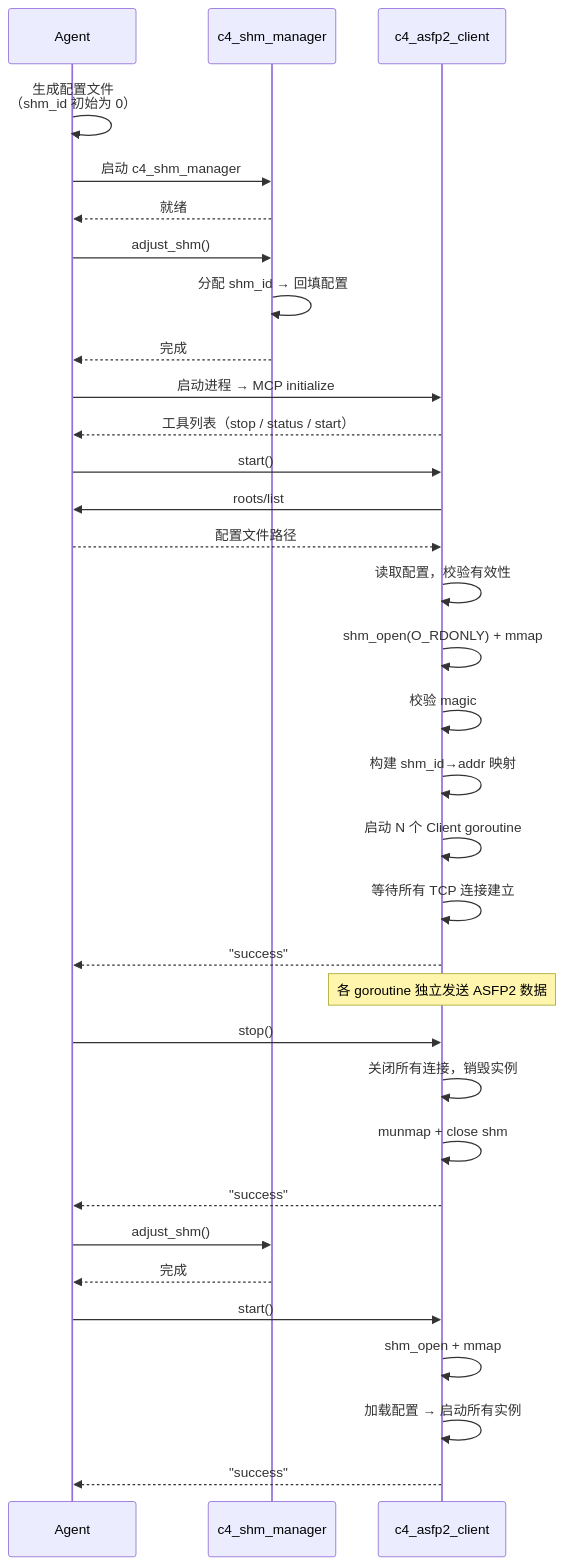
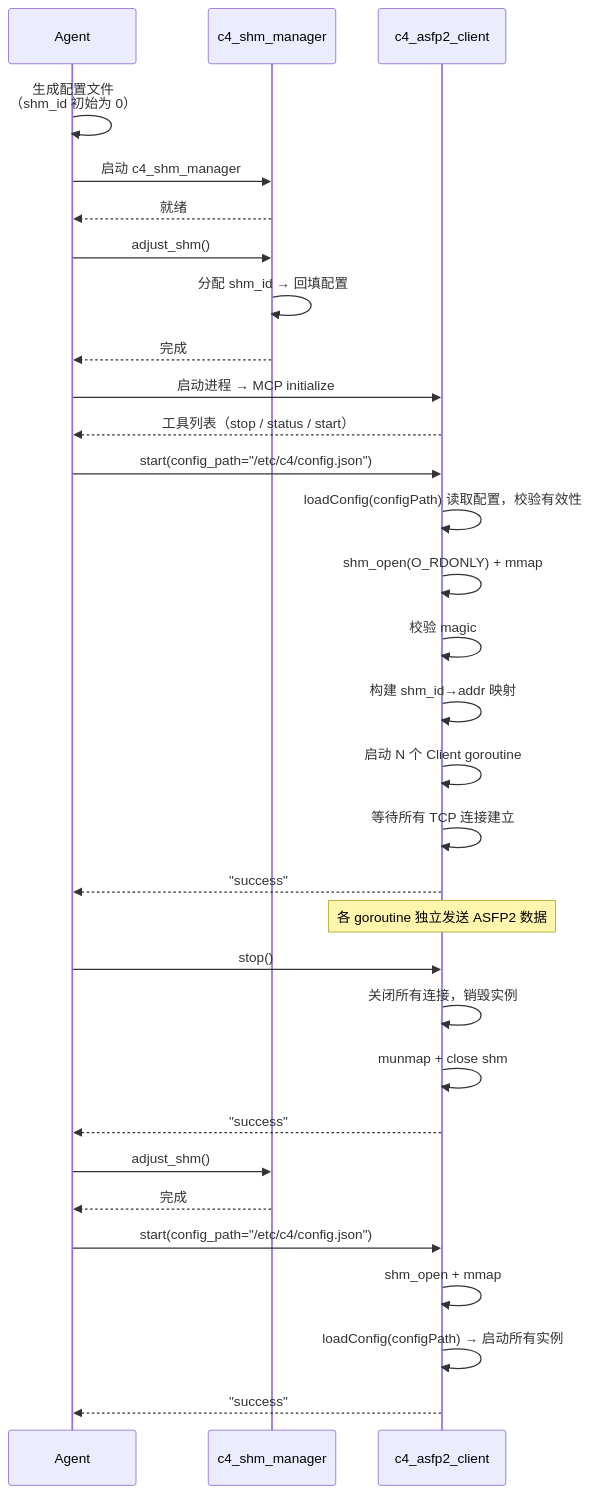
The second of 3 diagrams in docs/design/c4_asfp2_client.md (activesys/c4), drawn with Mermaid before and after one commit. The commit also changed other lines of this file and 14 other files, not shown here.

````diff
--- a/docs/design/c4_asfp2_client.md
+++ b/docs/design/c4_asfp2_client.md
@@ -221,40 +221,38 @@
 ```mermaid
 sequenceDiagram
     participant A as Agent
     participant SM as c4_shm_manager
     participant C as c4_asfp2_client
 
     A->>A: 生成配置文件<br/>（shm_id 初始为 0）
     A->>SM: 启动 c4_shm_manager
     SM-->>A: 就绪
     A->>SM: adjust_shm()
     SM->>SM: 分配 shm_id → 回填配置
     SM-->>A: 完成
 
     A->>C: 启动进程 → MCP initialize
     C-->>A: 工具列表（stop / status / start）
 
-    A->>C: start()
-    C->>A: roots/list
-    A-->>C: 配置文件路径
-    C->>C: 读取配置，校验有效性
+    A->>C: start(config_path="/etc/c4/config.json")
+    C->>C: loadConfig(configPath) 读取配置，校验有效性
     C->>C: shm_open(O_RDONLY) + mmap
     C->>C: 校验 magic
     C->>C: 构建 shm_id→addr 映射
     C->>C: 启动 N 个 Client goroutine
     C->>C: 等待所有 TCP 连接建立
     C-->>A: "success"
 
     Note over C: 各 goroutine 独立发送 ASFP2 数据
 
     A->>C: stop()
     C->>C: 关闭所有连接，销毁实例
     C->>C: munmap + close shm
     C-->>A: "success"
     A->>SM: adjust_shm()
     SM-->>A: 完成
-    A->>C: start()
+    A->>C: start(config_path="/etc/c4/config.json")
     C->>C: shm_open + mmap
-    C->>C: 加载配置 → 启动所有实例
+    C->>C: loadConfig(configPath) → 启动所有实例
     C-->>A: "success"
 ```
````
